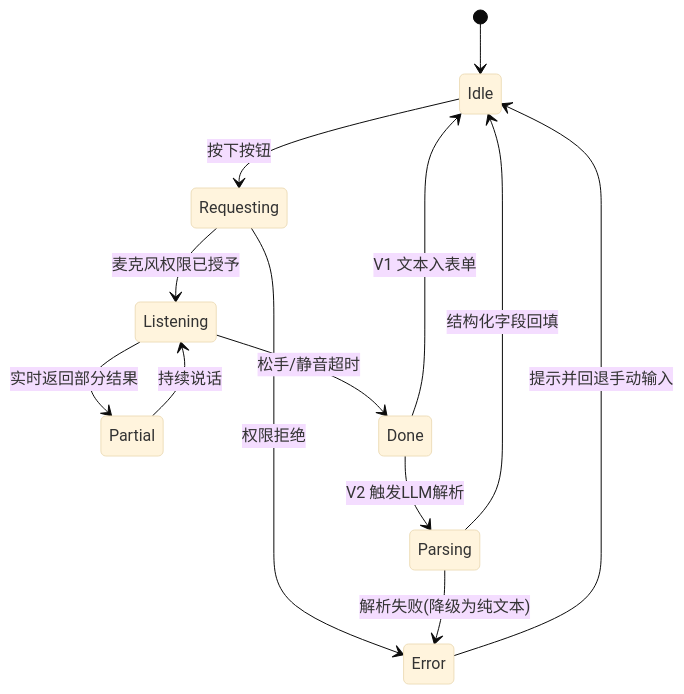
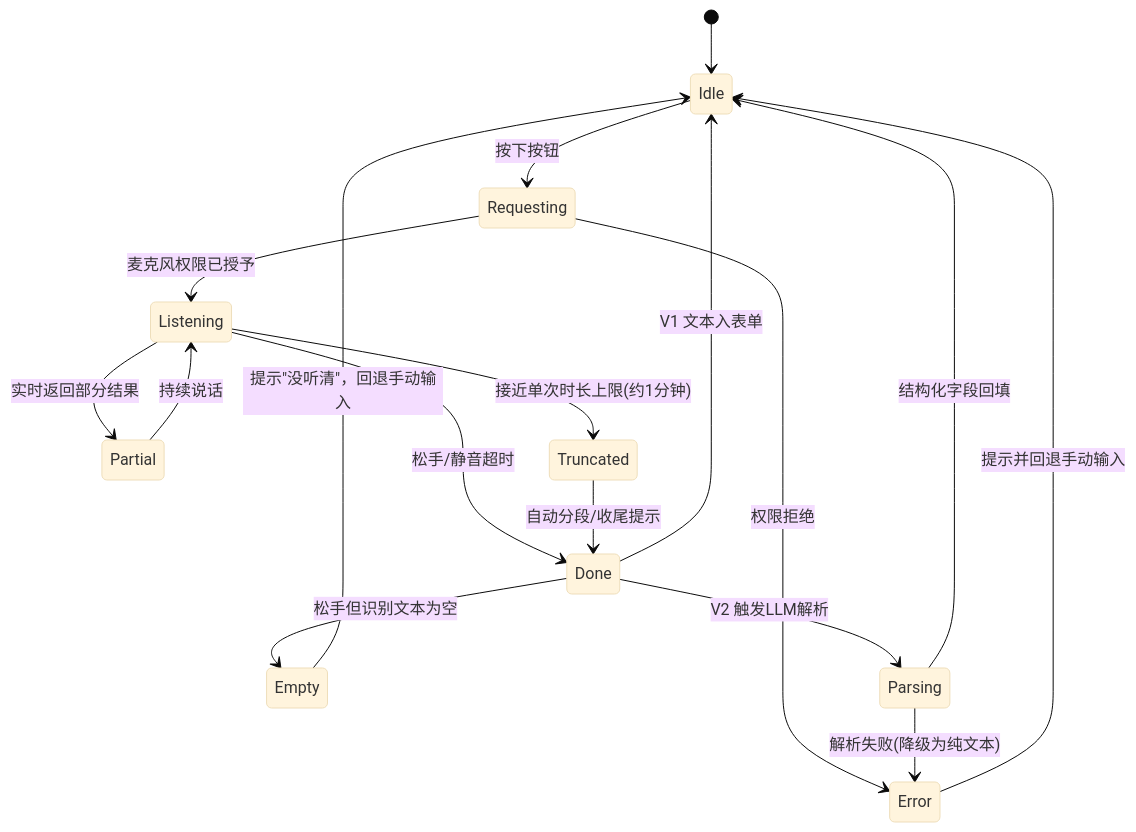
One commit to liwshuo/sprout changed the sixth of 7 diagrams in docs/技术方案.md. Above: the diagram before and after it, drawn with Mermaid (base theme). The commit also changed other lines of this file and 45 other files, not shown here.

````diff
--- a/docs/技术方案.md
+++ b/docs/技术方案.md
@@ -364,15 +885,19 @@
 ```mermaid
 stateDiagram-v2
     [*] --> Idle
     Idle --> Requesting: 按下按钮
     Requesting --> Listening: 麦克风权限已授予
     Requesting --> Error: 权限拒绝
     Listening --> Partial: 实时返回部分结果
     Partial --> Listening: 持续说话
     Listening --> Done: 松手/静音超时
+    Listening --> Truncated: 接近单次时长上限(约1分钟)
+    Truncated --> Done: 自动分段/收尾提示
+    Done --> Empty: 松手但识别文本为空
+    Empty --> Idle: 提示"没听清"，回退手动输入
     Done --> Idle: V1 文本入表单
     Done --> Parsing: V2 触发LLM解析
     Parsing --> Idle: 结构化字段回填
     Parsing --> Error: 解析失败(降级为纯文本)
     Error --> Idle: 提示并回退手动输入
 ```
````
